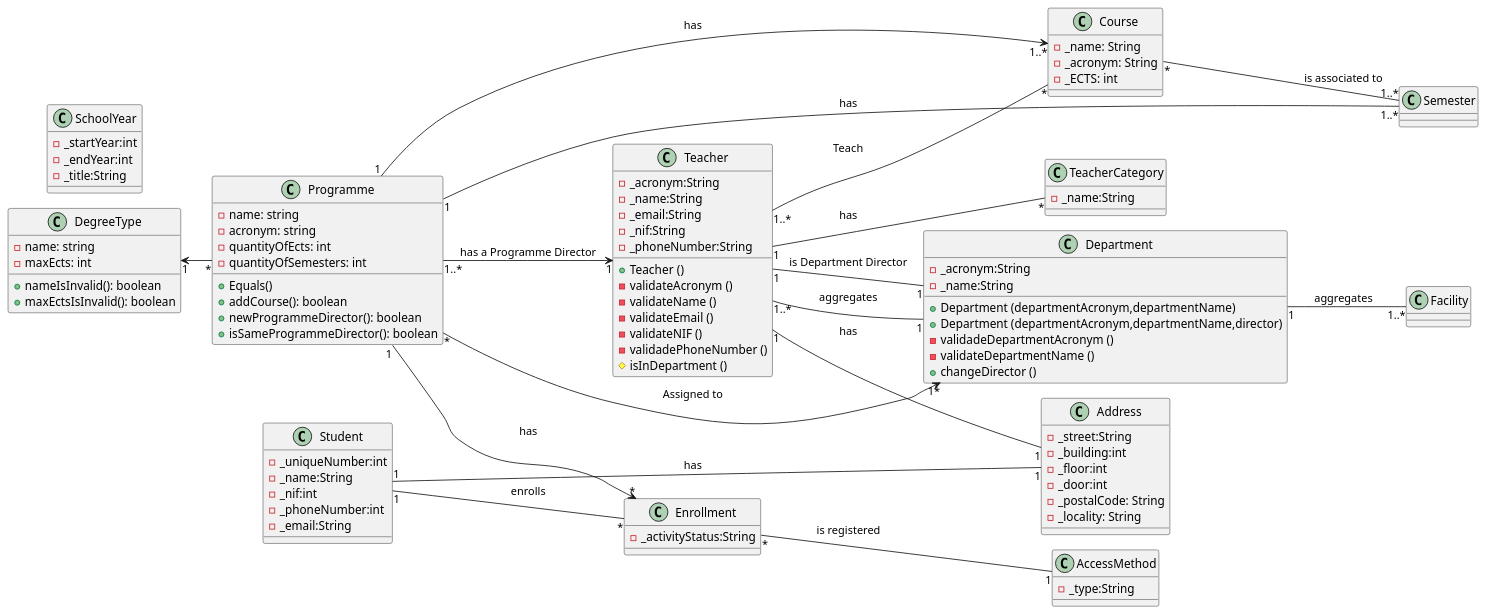
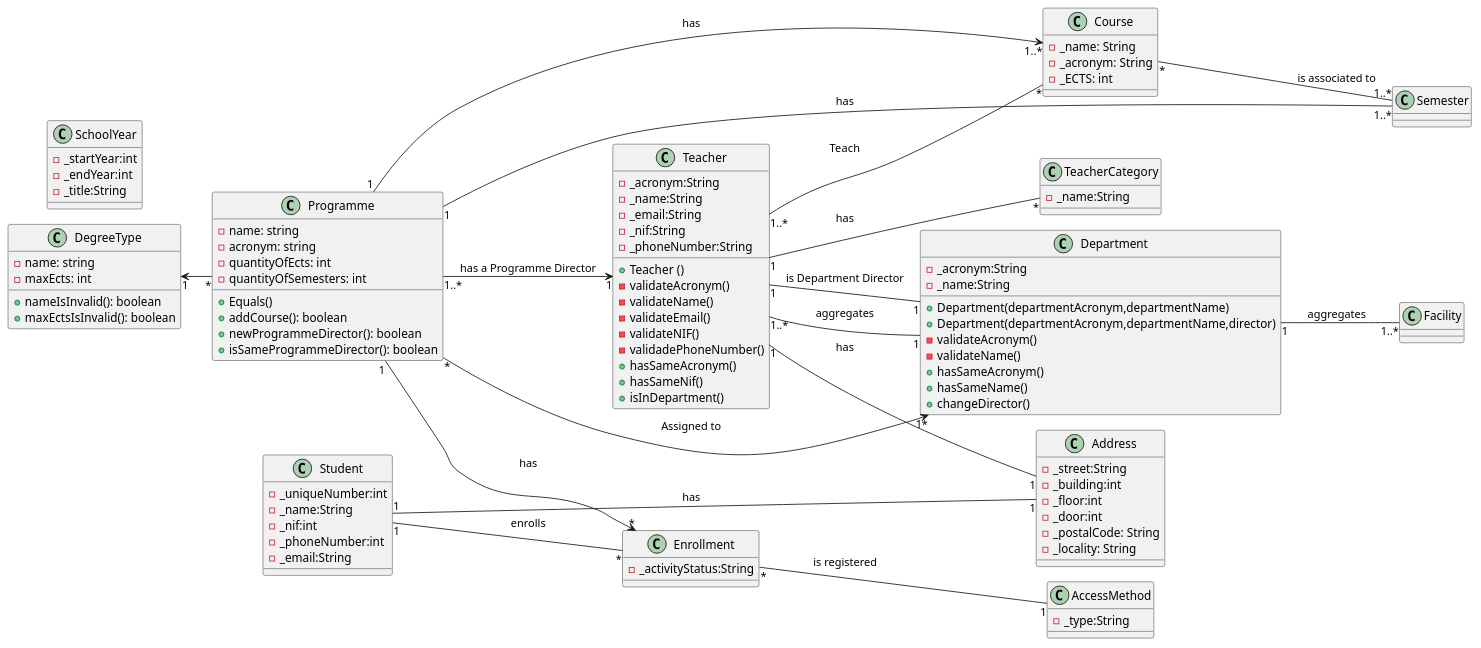
One commit to GasparISEP/DevOps-PAI changed the diagram in docs/classDiagram.puml. Above: the diagram before and after it, drawn with PlantUML.

Commit message:
update Teacher and Department attributes and methods.

```diff
--- a/docs/classDiagram.puml
+++ b/docs/classDiagram.puml
@@ -1,111 +1,115 @@
 @startuml
 !pragma layout smetana
 
  left to right direction
 
 class Department {
     -_acronym:String
     -_name:String
-    +Department (departmentAcronym,departmentName)
-    +Department (departmentAcronym,departmentName,director)
-    -validadeDepartmentAcronym ()
-    -validateDepartmentName ()
-    +changeDirector ()
+    +Department(departmentAcronym,departmentName)
+    +Department(departmentAcronym,departmentName,director)
+    -validateAcronym()
+    -validateName()
+    +hasSameAcronym()
+    +hasSameName()
+    +changeDirector()
 }
 
 class Facility
 
 class TeacherCategory {
     -_name:String
 }
 
 class Programme {
      - name: string
      - acronym: string
      - quantityOfEcts: int
      - quantityOfSemesters: int
 
      + Equals()
      + addCourse(): boolean
      + newProgrammeDirector(): boolean
      + isSameProgrammeDirector(): boolean
  }
 
 class DegreeType {
     - name: string
     - maxEcts: int
     + nameIsInvalid(): boolean
     + maxEctsIsInvalid(): boolean
 }
 
 class Teacher {
-    -_acronym:String
-    -_name:String
-    -_email:String
-    -_nif:String
-    -_phoneNumber:String
-    +Teacher ()
-    -validateAcronym ()
-    -validateName ()
-    -validateEmail ()
-    -validateNIF ()
-    -validadePhoneNumber ()
-    #isInDepartment ()
+     -_acronym:String
+     -_name:String
+     -_email:String
+     -_nif:String
+     -_phoneNumber:String
+     +Teacher ()
+     -validateAcronym()
+     -validateName()
+     -validateEmail()
+     -validateNIF()
+     -validadePhoneNumber()
+     +hasSameAcronym()
+     +hasSameNif()
+     +isInDepartment()
 }
 
 
 class SchoolYear {
     -_startYear:int
     -_endYear:int
     -_title:String
 }
 
 class Enrollment {
     -_activityStatus:String
 }
 
 class Student {
     -_uniqueNumber:int
     -_name:String
     -_nif:int
     -_phoneNumber:int
     -_email:String
 }
 
 class AccessMethod {
     -_type:String
 }
 
 class Address {
      -_street:String
      -_building:int
      -_floor:int
      -_door:int
      -_postalCode: String
      -_locality: String
 }
 
 class Course {
     -_name: String
     -_acronym: String
     -_ECTS: int
 }
 
 Department "1" -- "1..*" Facility : aggregates
 Teacher "1" -- "1" Address: has
 Student "1" -- "1" Address: has
 Programme "1..*" --> "1" Teacher : has a Programme Director
 Teacher "1" -- "*" TeacherCategory: has
 Teacher "1..*" -- "*" Course: Teach
 Course "*" -- "1..*" Semester: is associated to
 Course  "1..*" <-- "1" Programme: has
 Programme "1" -- "1..*" Semester: has
 Programme "*" --> "1*" Department: Assigned to
 DegreeType "1" <-- "*" Programme
 Enrollment "*" -- "1" AccessMethod: is registered
 Programme "1"  --> "*" Enrollment: has
 Student "1" -- "*" Enrollment: enrolls
 Teacher "1" -- "1" Department: is Department Director
 Teacher "1..*" -- "1" Department: aggregates
 
 @enduml
```
